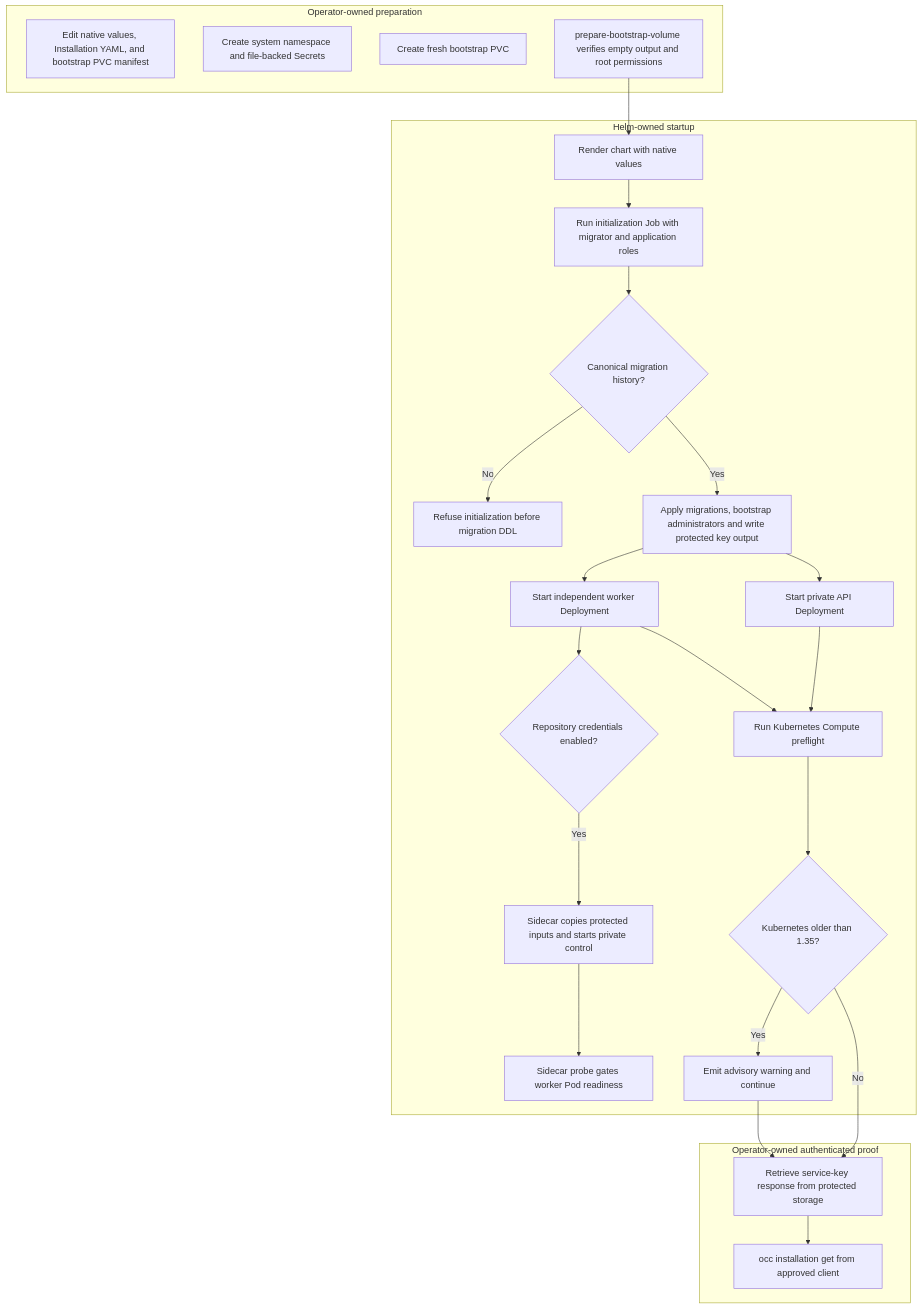
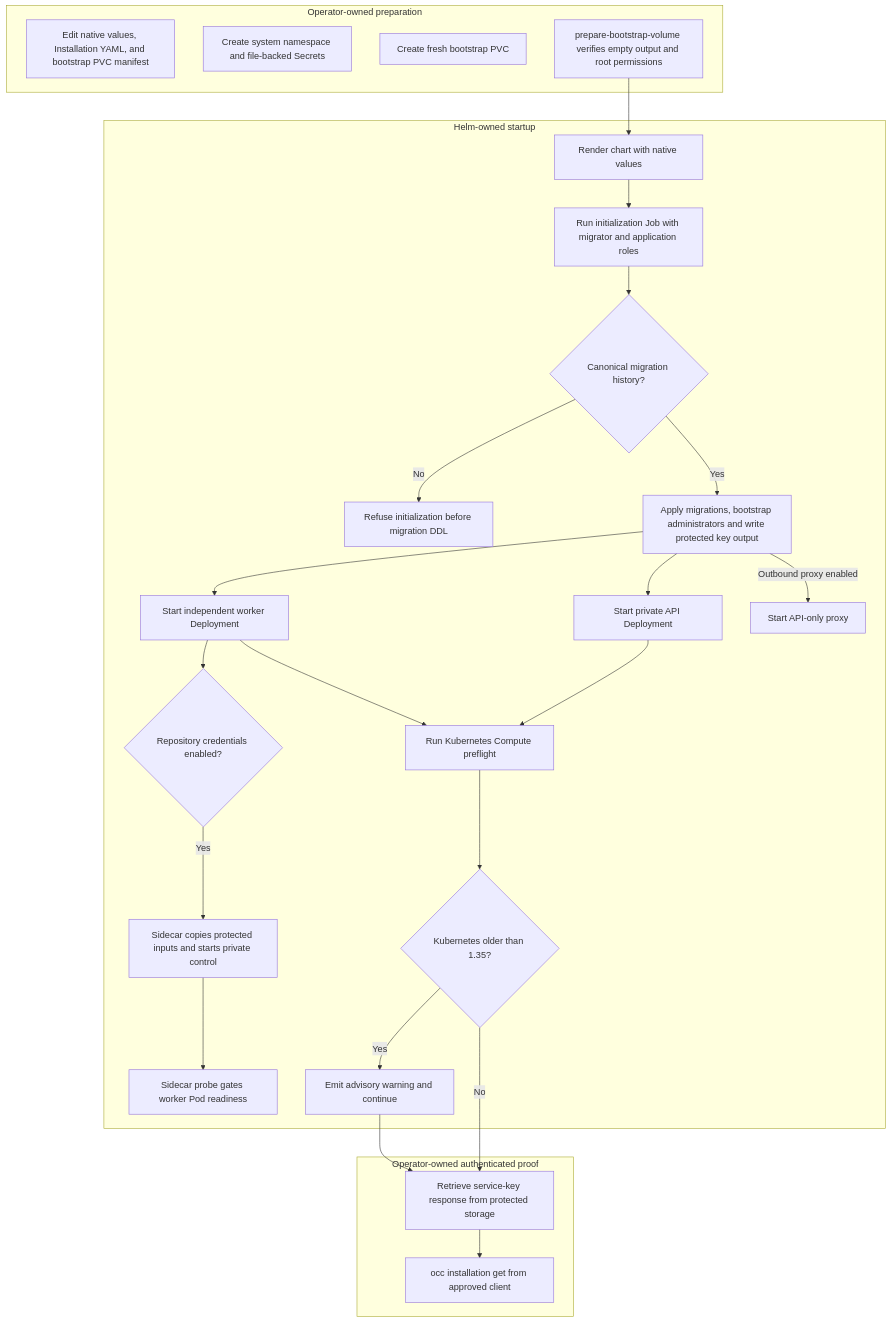
The diagram in docs/flows/production-startup.md (openclaw/openclaw-enterprise), drawn with Mermaid before and after one commit. The commit also changed other lines of this file and 98 other files, not shown here.

````diff
--- a/docs/flows/production-startup.md
+++ b/docs/flows/production-startup.md
@@ -32,30 +32,31 @@
 ```mermaid
 graph TD
     subgraph Operator["Operator-owned preparation"]
         A["Edit native values, Installation YAML, and bootstrap PVC manifest"]
         B["Create system namespace and file-backed Secrets"]
         C["Create fresh bootstrap PVC"]
         D["prepare-bootstrap-volume verifies empty output and root permissions"]
     end
     subgraph Helm["Helm-owned startup"]
         D --> E["Render chart with native values"]
         E --> F["Run initialization Job with migrator and application roles"]
         F --> O{"Canonical migration history?"}
         O -->|No| P["Refuse initialization before migration DDL"]
         O -->|Yes| G["Apply migrations, bootstrap administrators and write protected key output"]
         G --> H["Start private API Deployment"]
         G --> I["Start independent worker Deployment"]
+        G -->|Outbound proxy enabled| V["Start API-only proxy"]
         I --> R{"Repository credentials enabled?"}
         R -->|Yes| S["Sidecar copies protected inputs and starts private control"]
         S --> Q["Sidecar probe gates worker Pod readiness"]
         H --> L["Run Kubernetes Compute preflight"]
         I --> L
         L --> M{"Kubernetes older than 1.35?"}
         M -->|Yes| N["Emit advisory warning and continue"]
     end
     subgraph Proof["Operator-owned authenticated proof"]
         M -->|No| J["Retrieve service-key response from protected storage"]
         N --> J
         J --> K["occ installation get from approved client"]
     end
 ```
````
